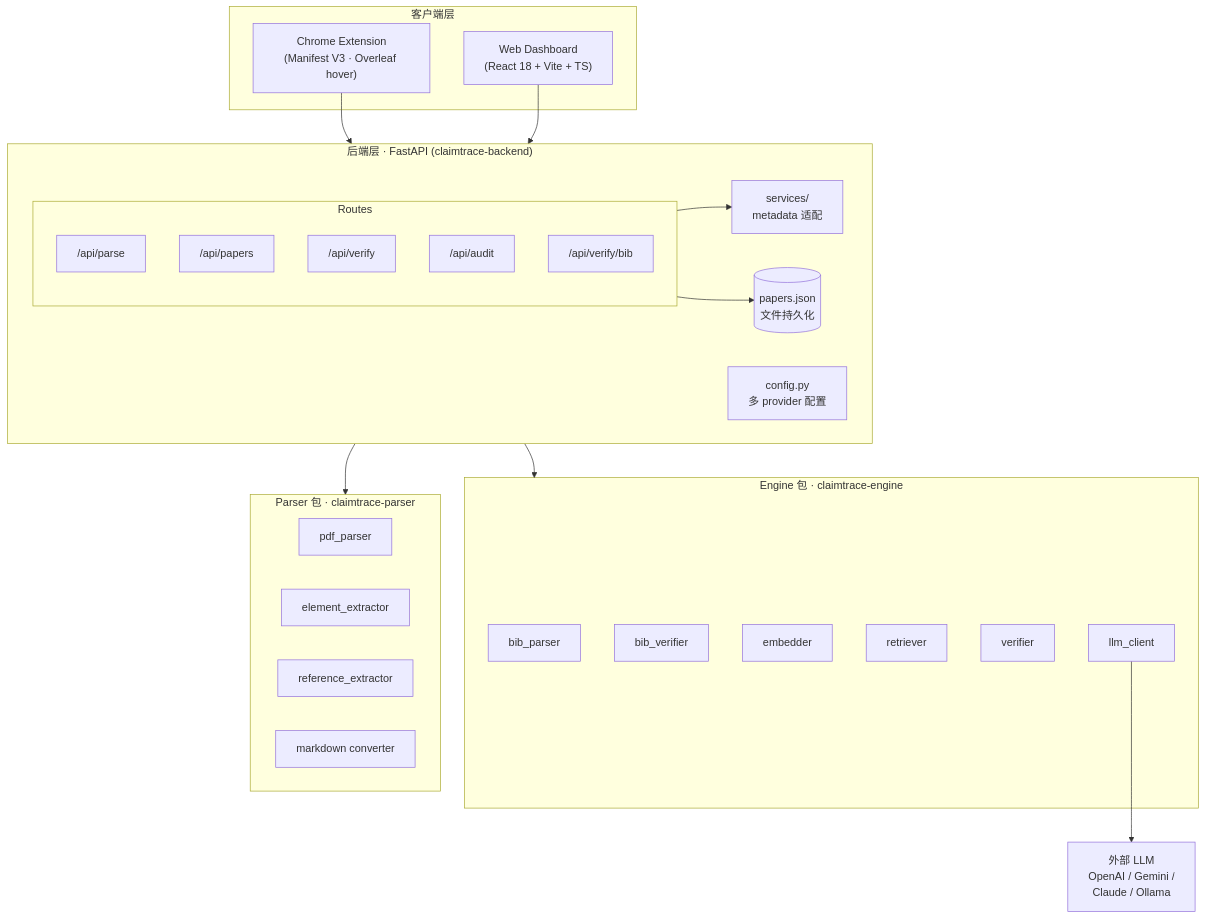
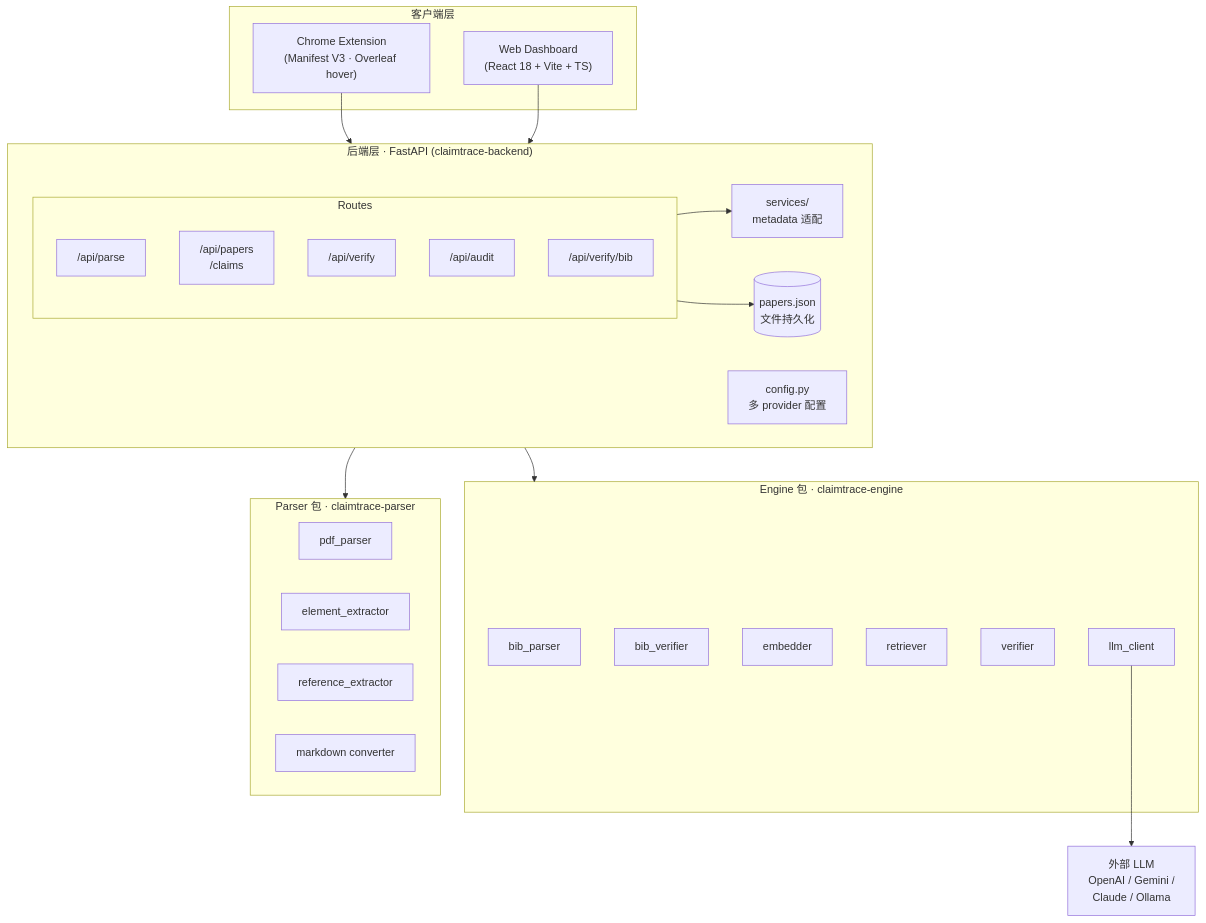
One commit to owen-49/2026SIS_Group18 changed the first of 4 diagrams in claimtrace/docs/architecture.md. Above: the diagram before and after it, drawn with Mermaid. The commit also changed other lines of this file and 11 other files, not shown here.

Commit message:
feat: connect persisted claims and audit flow

````diff
--- a/claimtrace/docs/architecture.md
+++ b/claimtrace/docs/architecture.md
@@ -11,45 +11,45 @@
 ```mermaid
 flowchart TB
     subgraph Client["客户端层"]
         FE["Web Dashboard<br/>(React 18 + Vite + TS)"]
         EXT["Chrome Extension<br/>(Manifest V3 · Overleaf hover)"]
     end
 
     subgraph API["后端层 · FastAPI (claimtrace-backend)"]
         direction LR
         subgraph ROUTES["Routes"]
             R_PARSE["/api/parse"]
-            R_PAPERS["/api/papers"]
+            R_PAPERS["/api/papers<br/>/claims"]
             R_VERIFY["/api/verify"]
             R_AUDIT["/api/audit"]
             R_BIB["/api/verify/bib"]
         end
         CFG["config.py<br/>多 provider 配置"]
         STORE[("papers.json<br/>文件持久化")]
         SVC["services/<br/>metadata 适配"]
     end
 
     subgraph ENGINE["Engine 包 · claimtrace-engine"]
         BP["bib_parser"]
         BV["bib_verifier"]
         EM["embedder"]
         RT["retriever"]
         VF["verifier"]
         LC["llm_client"]
     end
 
     subgraph PARSER["Parser 包 · claimtrace-parser"]
         PP["pdf_parser"]
         EE["element_extractor"]
         RE["reference_extractor"]
         MC["markdown converter"]
     end
 
     EXT --> ROUTES
     FE --> ROUTES
     ROUTES --> SVC
     ROUTES --> ENGINE
     ROUTES --> PARSER
     ROUTES --> STORE
     LC --> LLM["外部 LLM<br/>OpenAI / Gemini /<br/>Claude / Ollama"]
 ```
````
